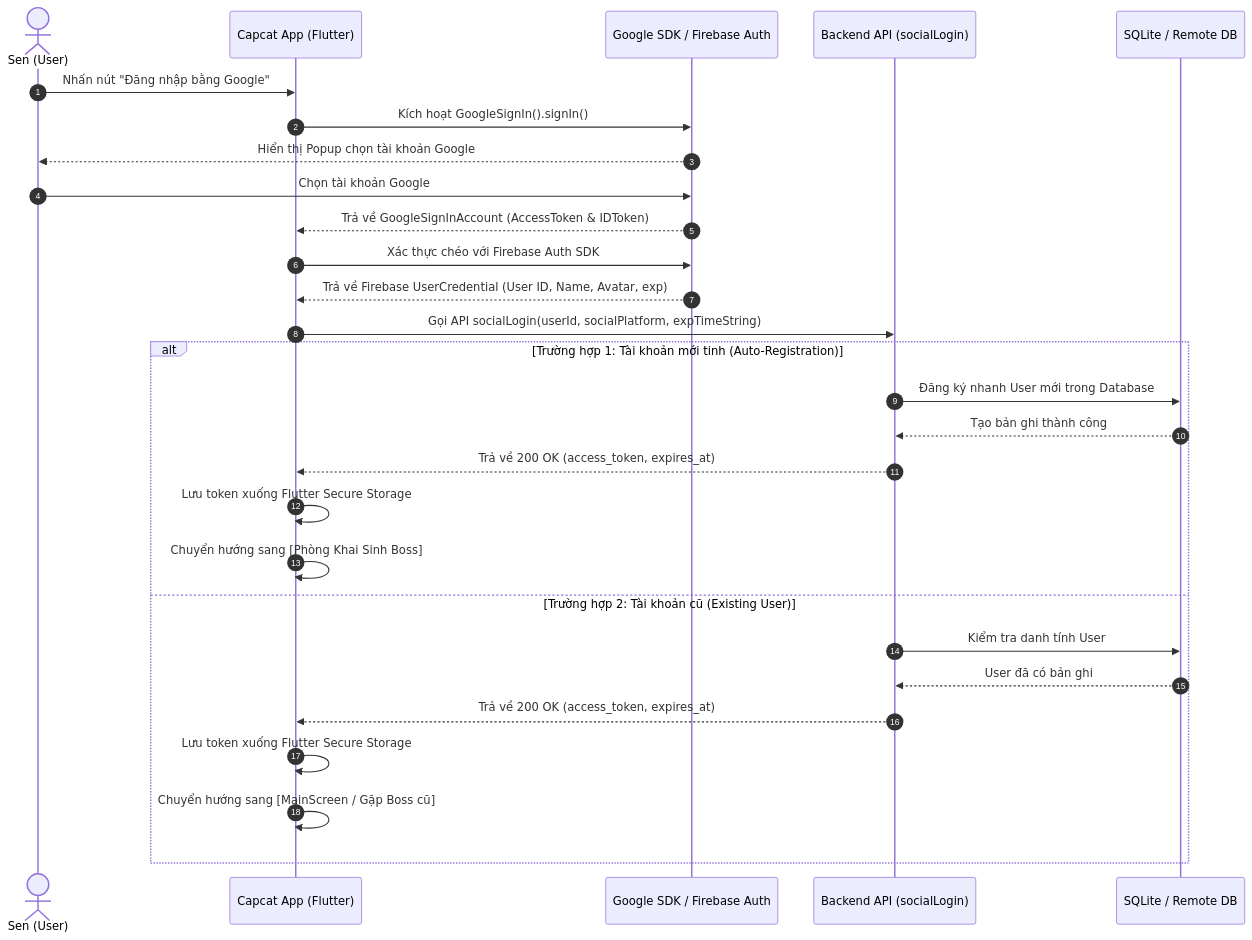
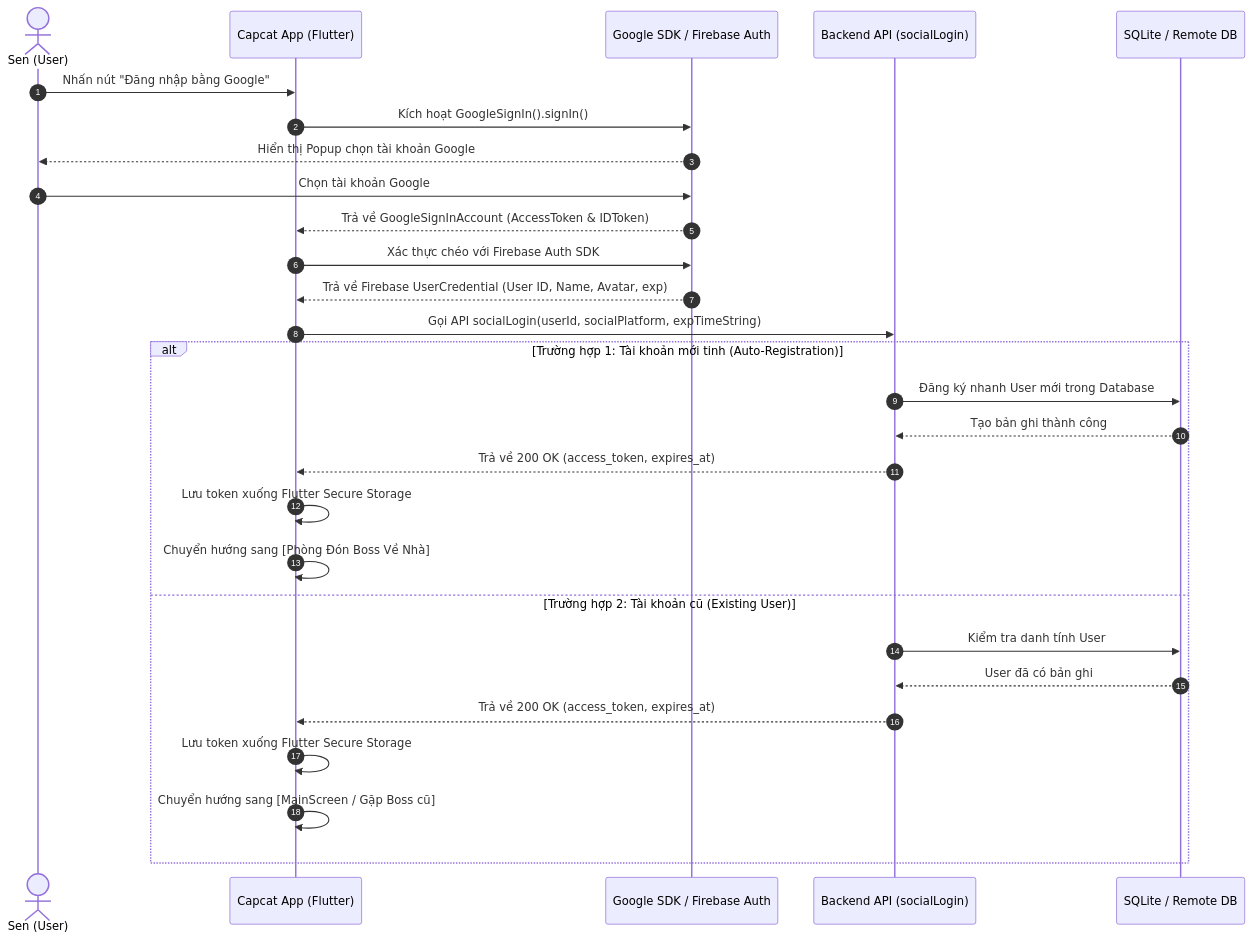
One commit to capcattech-stack/doca-umbrella-workspace changed the diagram in Document/PRD/AUTHENTICATION_AND_ONBOARDING_ENGINE/SPEC_01_LOGIN_PORTAL.md. Above: the diagram before and after it, drawn with Mermaid. The commit also changed other lines of this file and 28 other files, not shown here.

````diff
--- a/Document/PRD/AUTHENTICATION_AND_ONBOARDING_ENGINE/SPEC_01_LOGIN_PORTAL.md
+++ b/Document/PRD/AUTHENTICATION_AND_ONBOARDING_ENGINE/SPEC_01_LOGIN_PORTAL.md
@@ -56,32 +56,32 @@
 ```mermaid
 sequenceDiagram
     autonumber
     actor Sen as Sen (User)
     participant App as Capcat App (Flutter)
     participant GSDK as Google SDK / Firebase Auth
     participant API as Backend API (socialLogin)
     participant DB as SQLite / Remote DB
 
     Sen->>App: Nhấn nút "Đăng nhập bằng Google"
     App->>GSDK: Kích hoạt GoogleSignIn().signIn()
     GSDK-->>Sen: Hiển thị Popup chọn tài khoản Google
     Sen->>GSDK: Chọn tài khoản Google
     GSDK-->>App: Trả về GoogleSignInAccount (AccessToken & IDToken)
     App->>GSDK: Xác thực chéo với Firebase Auth SDK
     GSDK-->>App: Trả về Firebase UserCredential (User ID, Name, Avatar, exp)
     App->>API: Gọi API socialLogin(userId, socialPlatform, expTimeString)
     
     alt Trường hợp 1: Tài khoản mới tinh (Auto-Registration)
         API->>DB: Đăng ký nhanh User mới trong Database
         DB-->>API: Tạo bản ghi thành công
         API-->>App: Trả về 200 OK (access_token, expires_at)
         App->>App: Lưu token xuống Flutter Secure Storage
-        App->>App: Chuyển hướng sang [Phòng Khai Sinh Boss]
+        App->>App: Chuyển hướng sang [Phòng Đón Boss Về Nhà]
     else Trường hợp 2: Tài khoản cũ (Existing User)
         API->>DB: Kiểm tra danh tính User
         DB-->>API: User đã có bản ghi
         API-->>App: Trả về 200 OK (access_token, expires_at)
         App->>App: Lưu token xuống Flutter Secure Storage
         App->>App: Chuyển hướng sang [MainScreen / Gặp Boss cũ]
     end
 ```
````
